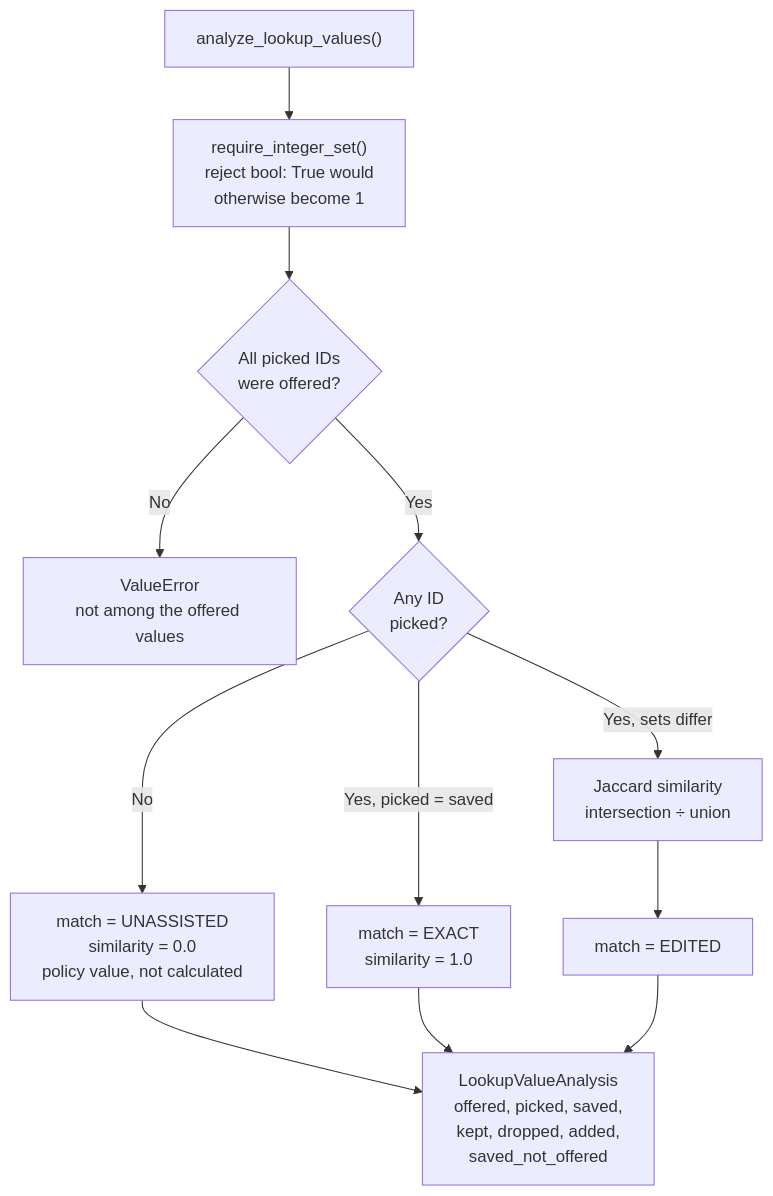
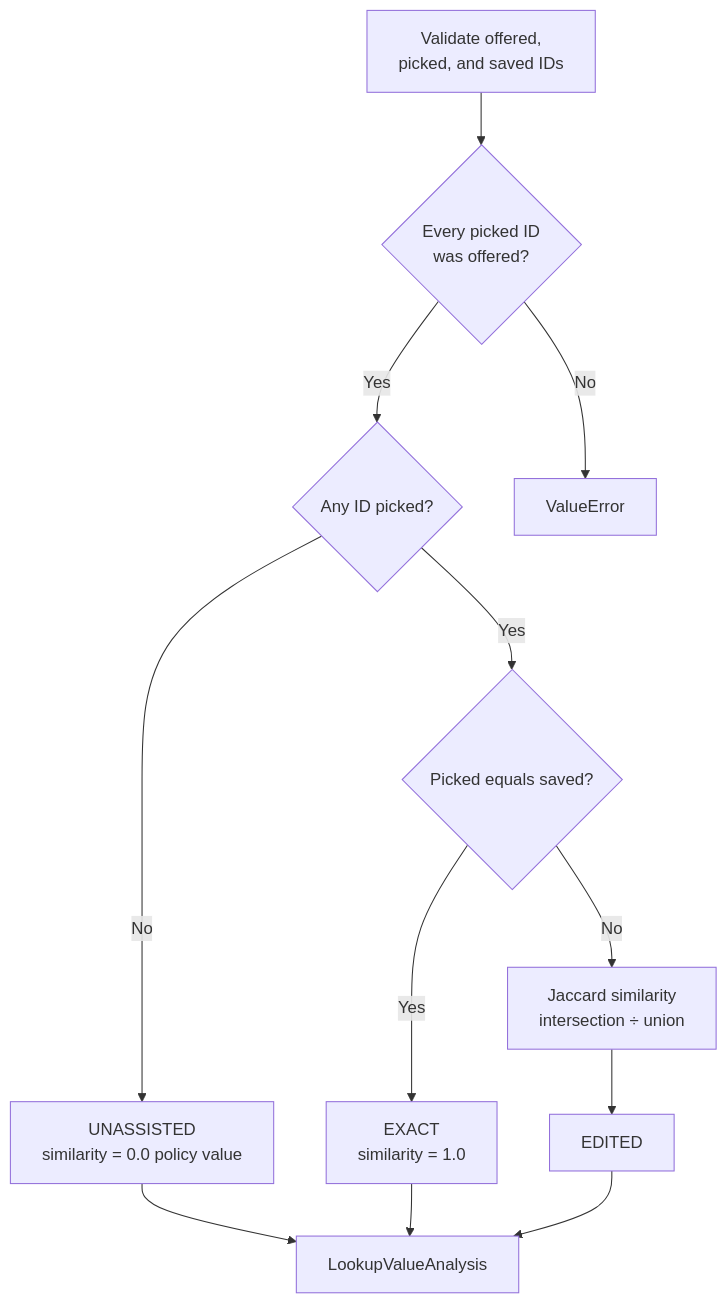
One commit to umich-michr/michr-scripts changed the ninth of 10 diagrams in python/packages/study-posting-ai-analysis/docs/program-flow.md. Above: the diagram before and after it, drawn with Mermaid. The commit also changed other lines of this file and 20 other files, not shown here.

````diff
--- a/python/packages/study-posting-ai-analysis/docs/program-flow.md
+++ b/python/packages/study-posting-ai-analysis/docs/program-flow.md
@@ -262,21 +384,22 @@
 ```mermaid
 flowchart TB
-    START["analyze_lookup_values()"]
-    START --> COERCE["require_integer_set()<br/>reject bool: True would<br/>otherwise become 1"]
-    COERCE --> VALID{"All picked IDs<br/>were offered?"}
+    START["Validate offered,<br/>picked, and saved IDs"]
+    VALID{"Every picked ID<br/>was offered?"}
+    ANY{"Any ID picked?"}
+    EQUAL{"Picked equals saved?"}
+    JACCARD["Jaccard similarity<br/>intersection ÷ union"]
 
-    VALID -->|No| ERR["ValueError<br/>not among the offered values"]
-    VALID -->|Yes| ANY{"Any ID<br/>picked?"}
+    START --> VALID
+    VALID -->|No| ERROR["ValueError"]
+    VALID -->|Yes| ANY
 
-    ANY -->|No| UNASSIST["match = UNASSISTED<br/>similarity = 0.0<br/>policy value, not calculated"]
-    ANY -->|"Yes, picked = saved"| EXACT["match = EXACT<br/>similarity = 1.0"]
-    ANY -->|"Yes, sets differ"| JACCARD["Jaccard similarity<br/>intersection ÷ union"]
+    ANY -->|No| UNASSISTED["UNASSISTED<br/>similarity = 0.0 policy value"]
+    ANY -->|Yes| EQUAL
 
-    JACCARD --> EDITED["match = EDITED"]
+    EQUAL -->|Yes| EXACT["EXACT<br/>similarity = 1.0"]
+    EQUAL -->|No| JACCARD --> EDITED["EDITED"]
 
-    UNASSIST --> OUT
-    EXACT --> OUT
-    EDITED --> OUT
-
-    OUT["LookupValueAnalysis<br/>offered, picked, saved,<br/>kept, dropped, added,<br/>saved_not_offered"]
+    UNASSISTED --> RESULT["LookupValueAnalysis"]
+    EXACT --> RESULT
+    EDITED --> RESULT
 ```
````
